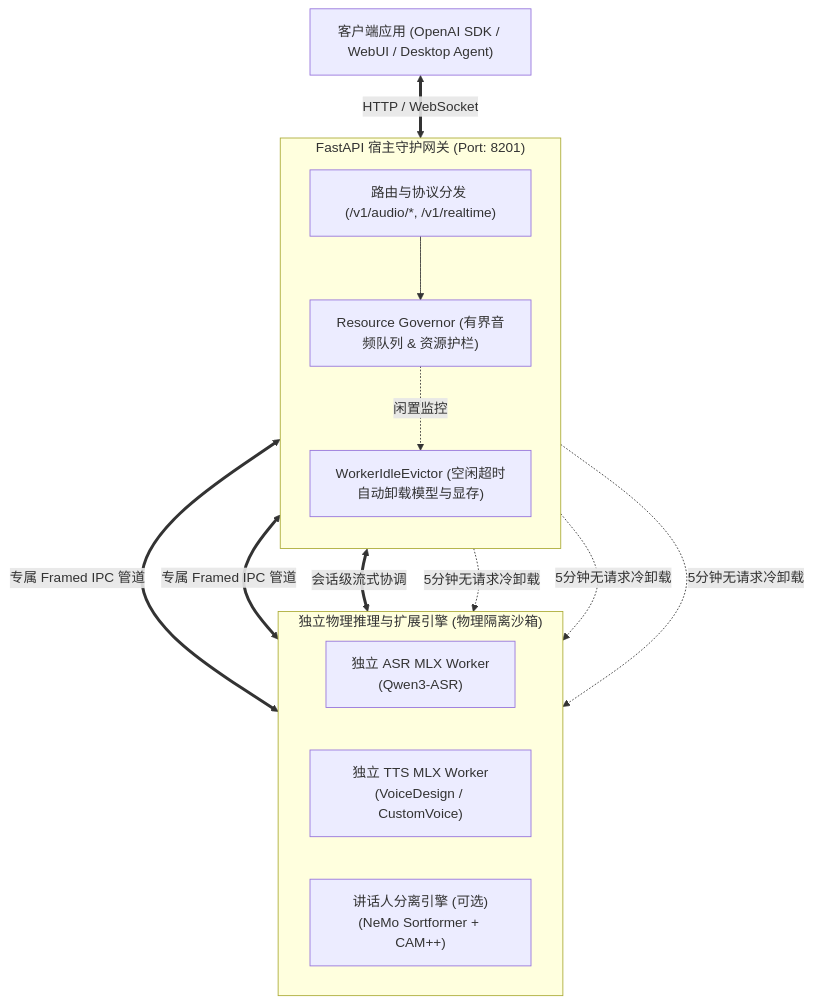
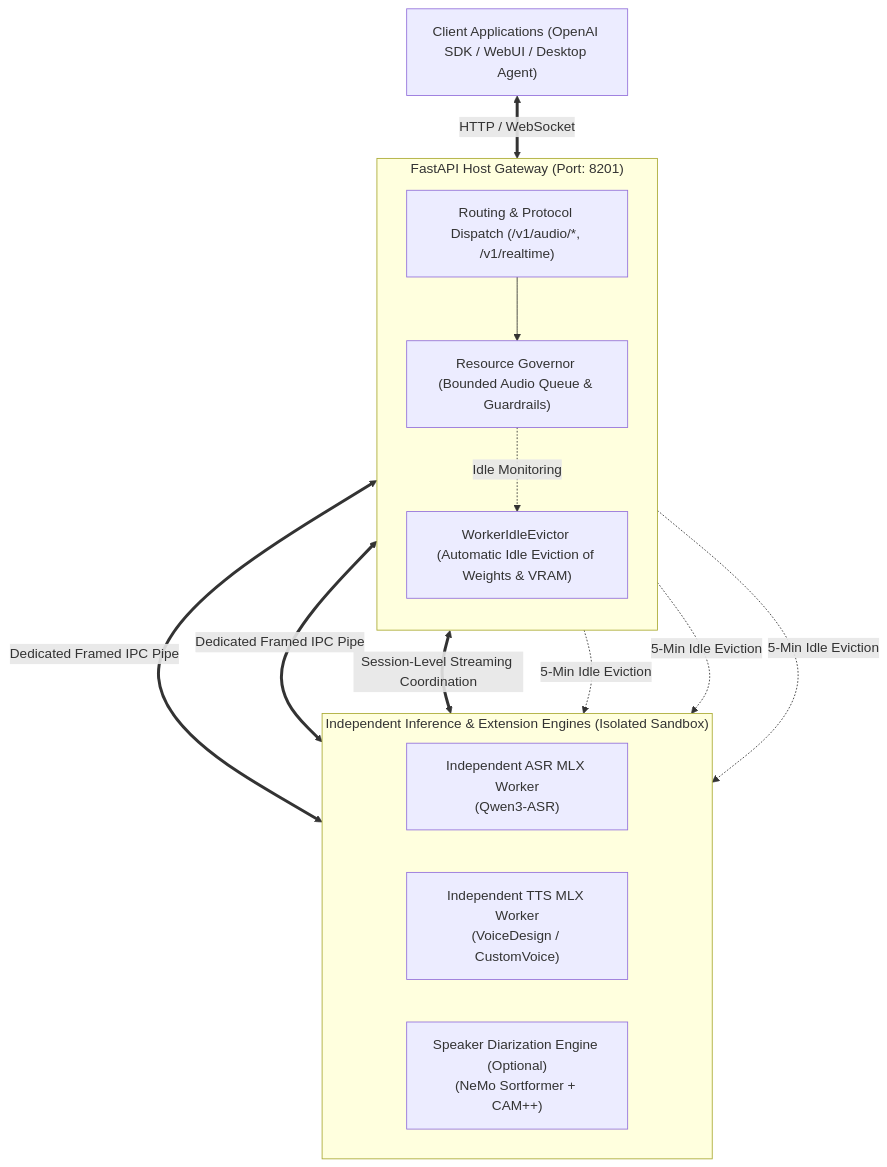
One commit to hrygo/SpeechRail changed the diagram in README.md. Above: the diagram before and after it, drawn with Mermaid. The commit also changed other lines of this file and 1 other file, not shown here.

Commit message:
docs: update README with SPK-E2E-1 diarization capabilities and bilingual docs

````diff
--- a/README.md
+++ b/README.md
@@ -324,28 +329,28 @@
 ```mermaid
 flowchart TD
-    Client["客户端应用 (OpenAI SDK / WebUI / Desktop Agent)"]
+    Client["Client Applications (OpenAI SDK / WebUI / Desktop Agent)"]
 
-    subgraph HostService["FastAPI 宿主守护网关 (Port: 8201)"]
+    subgraph HostService["FastAPI Host Gateway (Port: 8201)"]
         direction TB
-        Router["路由与协议分发 (/v1/audio/*, /v1/realtime)"]
-        Governor["Resource Governor (有界音频队列 & 资源护栏)"]
-        Evictor["WorkerIdleEvictor (空闲超时自动卸载模型与显存)"]
+        Router["Routing & Protocol Dispatch (/v1/audio/*, /v1/realtime)"]
+        Governor["Resource Governor (Bounded Audio Queue & Guardrails)"]
+        Evictor["WorkerIdleEvictor (Automatic Idle Eviction of Weights & VRAM)"]
         Router --> Governor
-        Governor -. 闲置监控 .-> Evictor
+        Governor -. Idle Monitoring .-> Evictor
     end
 
-    subgraph Workers["独立物理推理与扩展引擎 (物理隔离沙箱)"]
+    subgraph Workers["Independent Inference & Extension Engines (Isolated Sandbox)"]
         direction LR
-        ASRWorker["独立 ASR MLX Worker\n(Qwen3-ASR)"]
-        TTSWorker["独立 TTS MLX Worker\n(VoiceDesign / CustomVoice)"]
-        DiarizeEngine["讲话人分离引擎 (可选)\n(NeMo Sortformer + CAM++)"]
+        ASRWorker["Independent ASR MLX Worker\n(Qwen3-ASR)"]
+        TTSWorker["Independent TTS MLX Worker\n(VoiceDesign / CustomVoice)"]
+        DiarizeEngine["Speaker Diarization Engine (Optional)\n(NeMo Sortformer + CAM++)"]
     end
 
     Client <== "HTTP / WebSocket" ==> Router
-    Governor <== "专属 Framed IPC 管道" ==> ASRWorker
-    Governor <== "专属 Framed IPC 管道" ==> TTSWorker
-    Governor <== "会话级流式协调" ==> DiarizeEngine
-    Evictor -. 5分钟无请求冷卸载 .-> ASRWorker
-    Evictor -. 5分钟无请求冷卸载 .-> TTSWorker
-    Evictor -. 5分钟无请求冷卸载 .-> DiarizeEngine
+    Governor <== "Dedicated Framed IPC Pipe" ==> ASRWorker
+    Governor <== "Dedicated Framed IPC Pipe" ==> TTSWorker
+    Governor <== "Session-Level Streaming Coordination" ==> DiarizeEngine
+    Evictor -. 5-Min Idle Eviction .-> ASRWorker
+    Evictor -. 5-Min Idle Eviction .-> TTSWorker
+    Evictor -. 5-Min Idle Eviction .-> DiarizeEngine
 ```
````
